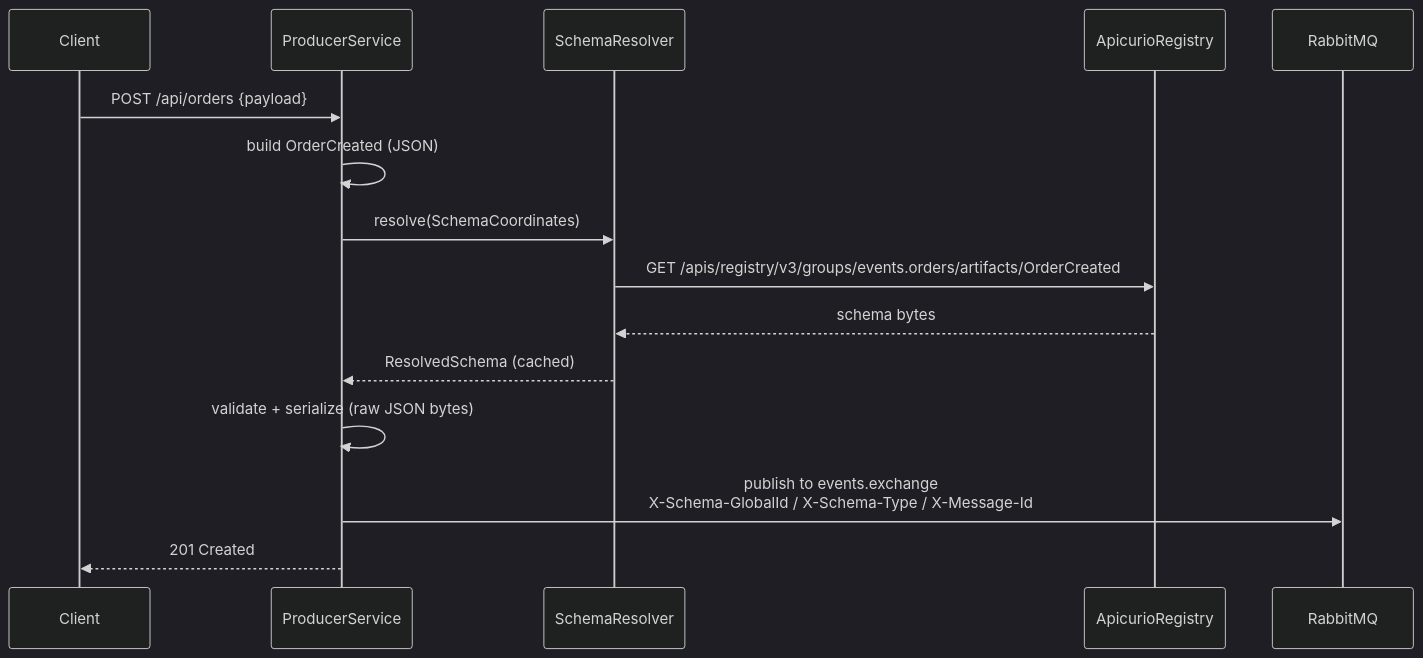
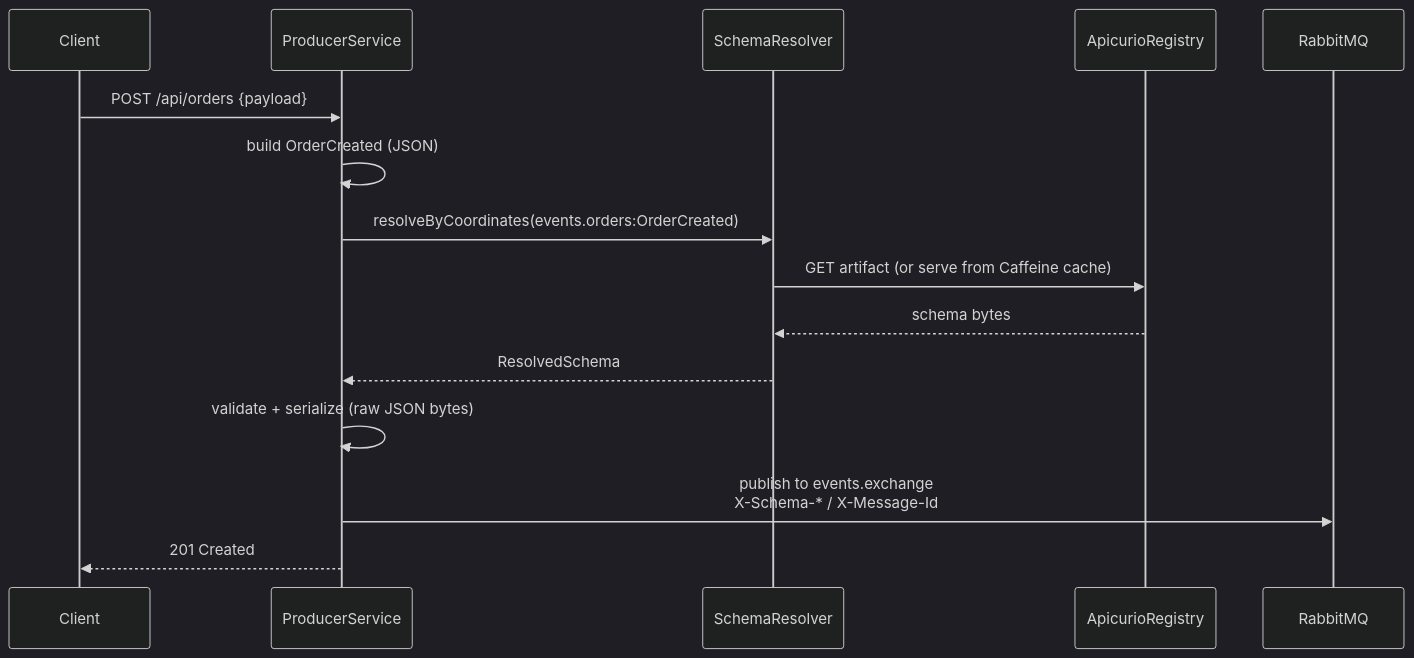
One commit to anarefin/schema-registry-demo changed the first of 3 diagrams in README.md. Above: the diagram before and after it, drawn with Mermaid (dark theme). The commit also changed other lines of this file and 61 other files, not shown here.

````diff
--- a/README.md
+++ b/README.md
@@ -192,18 +65,18 @@
 ```mermaid
 sequenceDiagram
     participant C as Client
     participant P as ProducerService
     participant R as SchemaResolver
     participant A as ApicurioRegistry
     participant MQ as RabbitMQ
 
     C->>P: POST /api/orders {payload}
     P->>P: build OrderCreated (JSON)
-    P->>R: resolve(SchemaCoordinates)
-    R->>A: GET /apis/registry/v3/groups/events.orders/artifacts/OrderCreated
+    P->>R: resolveByCoordinates(events.orders:OrderCreated)
+    R->>A: GET artifact (or serve from Caffeine cache)
     A-->>R: schema bytes
-    R-->>P: ResolvedSchema (cached)
+    R-->>P: ResolvedSchema
     P->>P: validate + serialize (raw JSON bytes)
-    P->>MQ: publish to events.exchange<br/>X-Schema-GlobalId / X-Schema-Type / X-Message-Id
+    P->>MQ: publish to events.exchange<br/>X-Schema-* / X-Message-Id
     P-->>C: 201 Created
 ```
````
